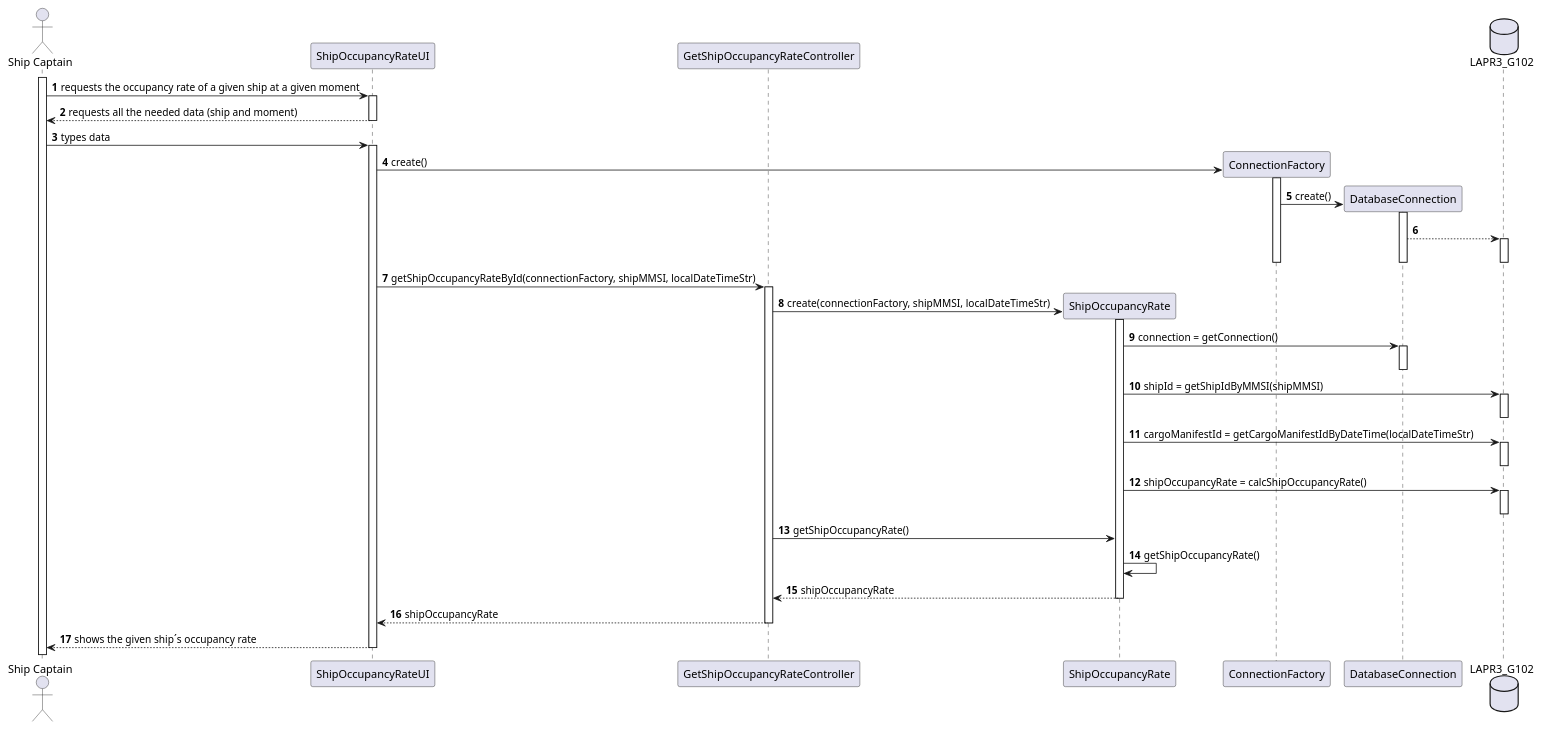
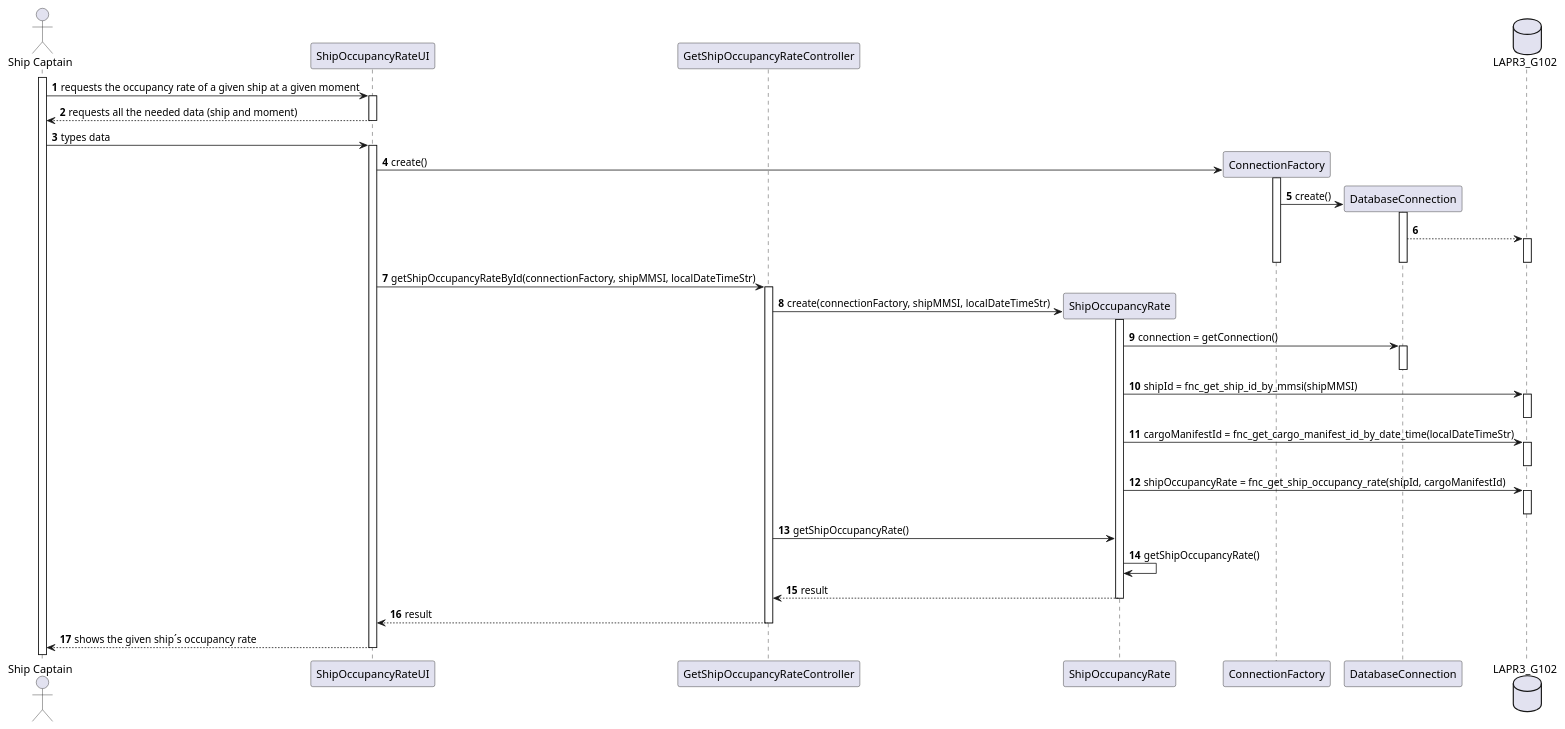
Before and after one commit to mpoboas/lapr3-2021-g102: the diagram in docs/Sprint3/US209/US209_SD.puml, drawn with PlantUML. The commit also changed 4 other files, not shown here.

```diff
--- a/docs/Sprint3/US209/US209_SD.puml
+++ b/docs/Sprint3/US209/US209_SD.puml
@@ -1,62 +1,62 @@
 @startuml
 autonumber
 'hide footbox
 
 actor "Ship Captain" as SC
 
 participant "ShipOccupancyRateUI" as UI
 participant "GetShipOccupancyRateController" as CTRL
 participant "ShipOccupancyRate" as SHIPOCCRATE
 participant ConnectionFactory as CF
 participant DatabaseConnection as DC
 database LAPR3_G102 as DB
 
 activate SC
 SC -> UI : requests the occupancy rate of a given ship at a given moment
 activate UI
 UI --> SC : requests all the needed data (ship and moment)
 deactivate UI
 
 SC -> UI : types data
 activate UI
 
 UI -> CF** : create()
 activate CF
 CF -> DC** : create()
 activate DC
 DC --> DB
 activate DB
 deactivate DB
 deactivate DC
 deactivate CF
 
 UI -> CTRL : getShipOccupancyRateById(connectionFactory, shipMMSI, localDateTimeStr)
 activate CTRL
 CTRL -> SHIPOCCRATE** : create(connectionFactory, shipMMSI, localDateTimeStr)
 activate SHIPOCCRATE
 
 SHIPOCCRATE -> DC : connection = getConnection()
 activate DC
 deactivate DC
 
-SHIPOCCRATE -> DB : shipId = getShipIdByMMSI(shipMMSI)
+SHIPOCCRATE -> DB : shipId = fnc_get_ship_id_by_mmsi(shipMMSI)
 activate DB
 deactivate DB
 
-SHIPOCCRATE -> DB : cargoManifestId = getCargoManifestIdByDateTime(localDateTimeStr)
+SHIPOCCRATE -> DB : cargoManifestId = fnc_get_cargo_manifest_id_by_date_time(localDateTimeStr)
 activate DB
 deactivate DB
 
-SHIPOCCRATE -> DB : shipOccupancyRate = calcShipOccupancyRate()
+SHIPOCCRATE -> DB : shipOccupancyRate = fnc_get_ship_occupancy_rate(shipId, cargoManifestId)
 activate DB
 deactivate DB
 
 CTRL -> SHIPOCCRATE : getShipOccupancyRate()
 SHIPOCCRATE -> SHIPOCCRATE : getShipOccupancyRate()
-SHIPOCCRATE --> CTRL : shipOccupancyRate
+SHIPOCCRATE --> CTRL : result
 deactivate SHIPOCCRATE
-CTRL --> UI : shipOccupancyRate
+CTRL --> UI : result
 deactivate CTRL
 UI --> SC : shows the given ship´s occupancy rate
 deactivate UI
 @enduml
```
